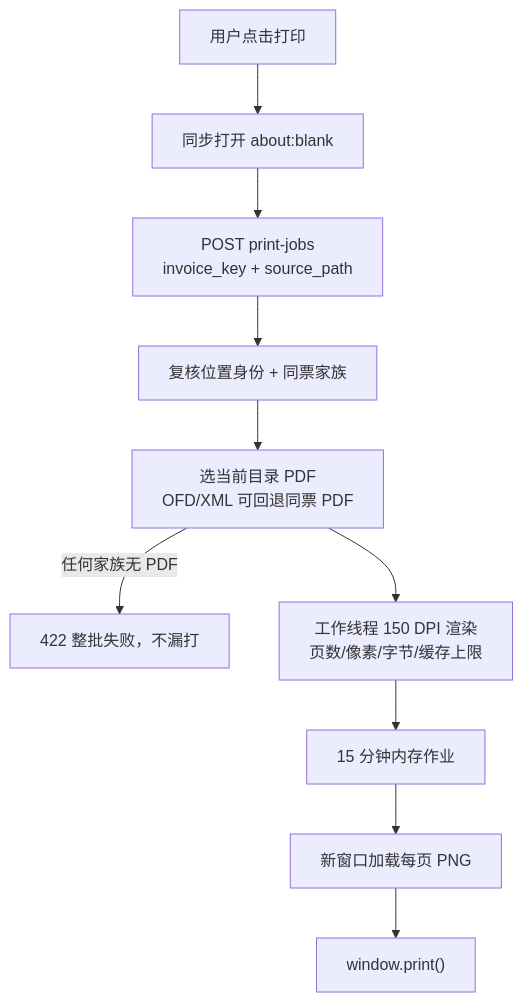
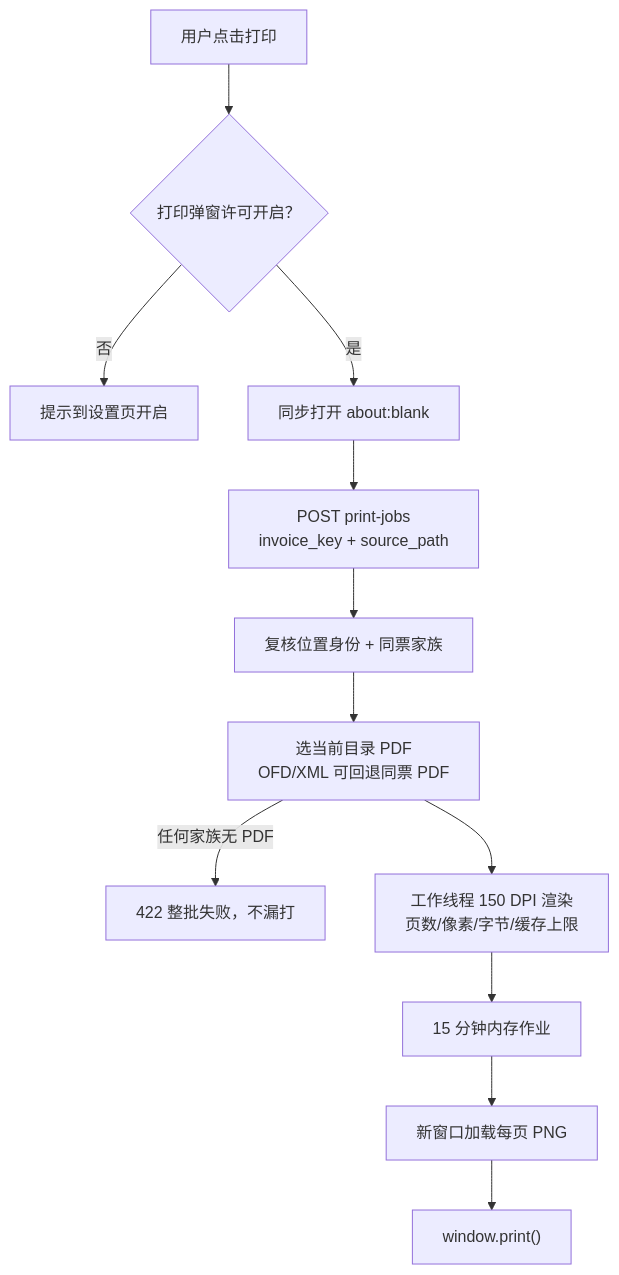
The tenth of 16 diagrams in docs/architecture/INTERFACES_AND_FLOWS.md (lyc1126/InvoiceHub), drawn with Mermaid before and after one commit. The commit also changed other lines of this file and 34 other files, not shown here.

````diff
--- a/docs/architecture/INTERFACES_AND_FLOWS.md
+++ b/docs/architecture/INTERFACES_AND_FLOWS.md
@@ -470,12 +470,14 @@
 ```mermaid
 flowchart TD
-    Click["用户点击打印"] --> Popup["同步打开 about:blank"]
+    Click["用户点击打印"] --> Permission{"打印弹窗许可开启？"}
+    Permission -->|否| Settings["提示到设置页开启"]
+    Permission -->|是| Popup["同步打开 about:blank"]
     Popup --> Request["POST print-jobs\ninvoice_key + source_path"]
     Request --> Validate["复核位置身份 + 同票家族"]
     Validate --> Choose["选当前目录 PDF\nOFD/XML 可回退同票 PDF"]
     Choose -->|任何家族无 PDF| Fail["422 整批失败，不漏打"]
     Choose --> Render["工作线程 150 DPI 渲染\n页数/像素/字节/缓存上限"]
     Render --> Job["15 分钟内存作业"]
     Job --> Page["新窗口加载每页 PNG"]
     Page --> Native["window.print()"]
 ```
````
